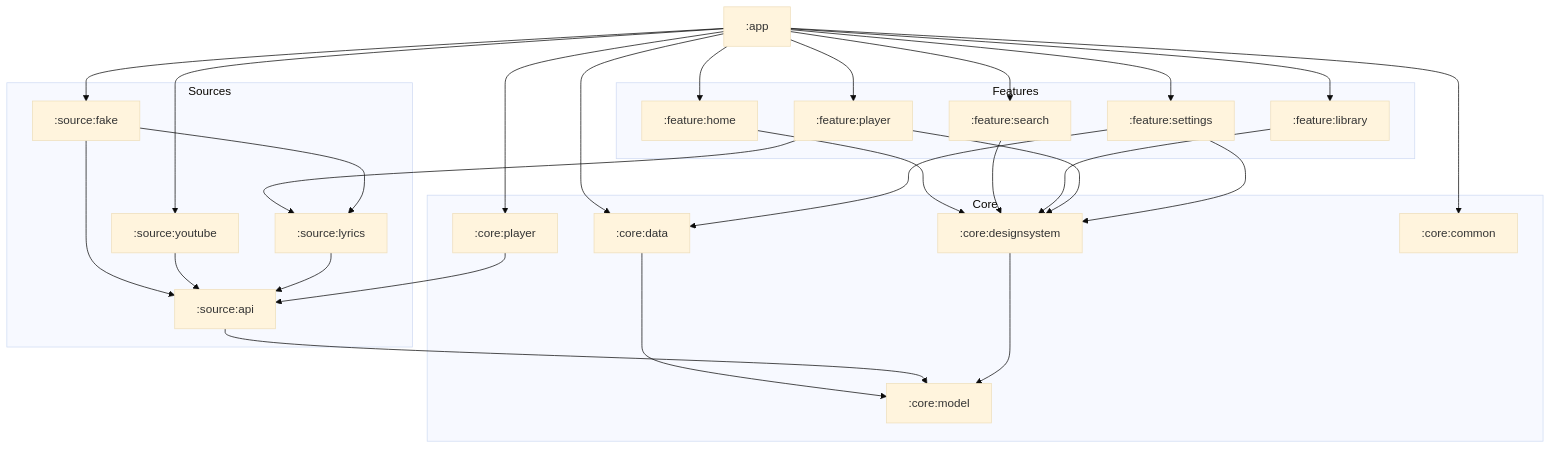
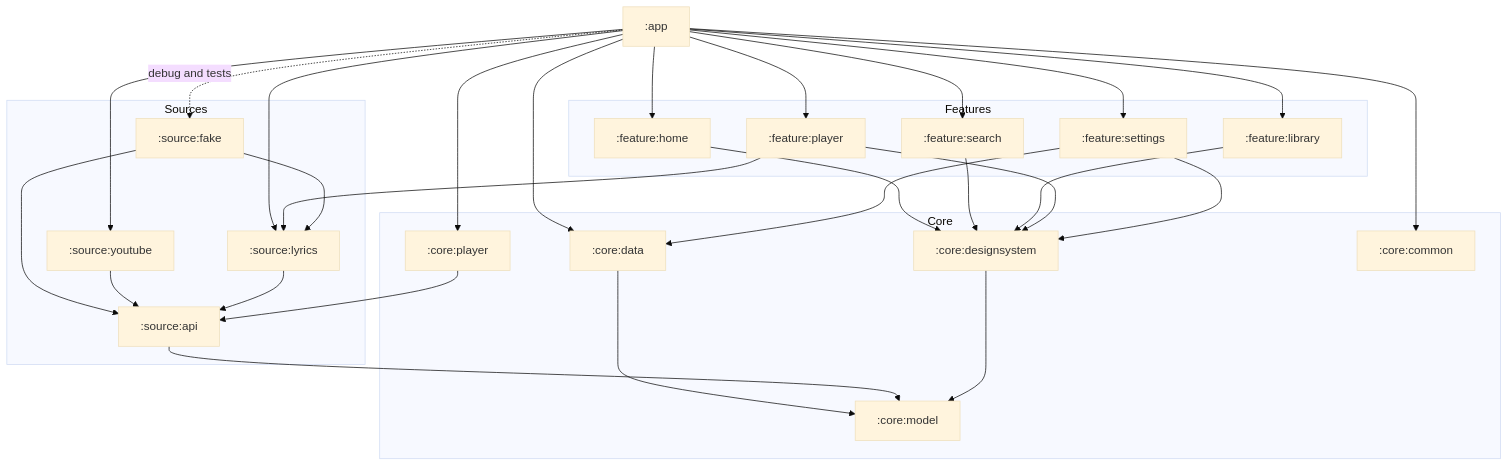
The diagram in README.md (muhib-karim/sitara), drawn with Mermaid (base theme) before and after one commit. The commit also changed other lines of this file and 6 other files, not shown here.

````diff
--- a/README.md
+++ b/README.md
@@ -101,40 +104,41 @@
 ```mermaid
 graph TD
     app[":app"]
 
     subgraph Features
         home[":feature:home"]
         search[":feature:search"]
         library[":feature:library"]
         player[":feature:player"]
         settings[":feature:settings"]
     end
 
     subgraph Core
         designsystem[":core:designsystem"]
         coreplayer[":core:player"]
         data[":core:data"]
         common[":core:common"]
         model[":core:model"]
     end
 
     subgraph Sources
         api[":source:api"]
         fake[":source:fake"]
         lyrics[":source:lyrics"]
         youtube[":source:youtube"]
     end
 
     app --> home & search & library & player & settings
-    app --> coreplayer & data & fake & youtube & common
+    app --> coreplayer & data & youtube & lyrics & common
+    app -. debug and tests .-> fake
     home & search & library & player & settings --> designsystem
     settings --> data
     player --> lyrics
     coreplayer --> api
     fake --> api & lyrics
     youtube --> api
     lyrics --> api
     data --> model
     api --> model
     designsystem --> model
 ```
````
